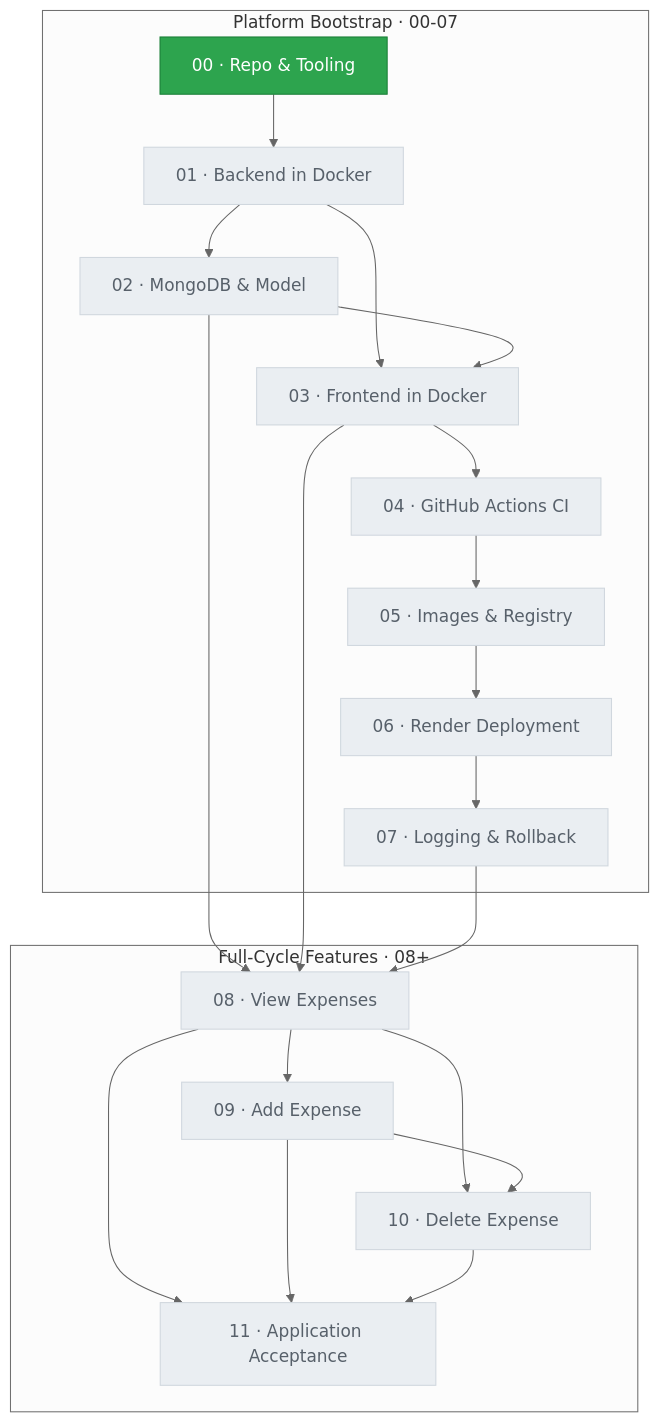
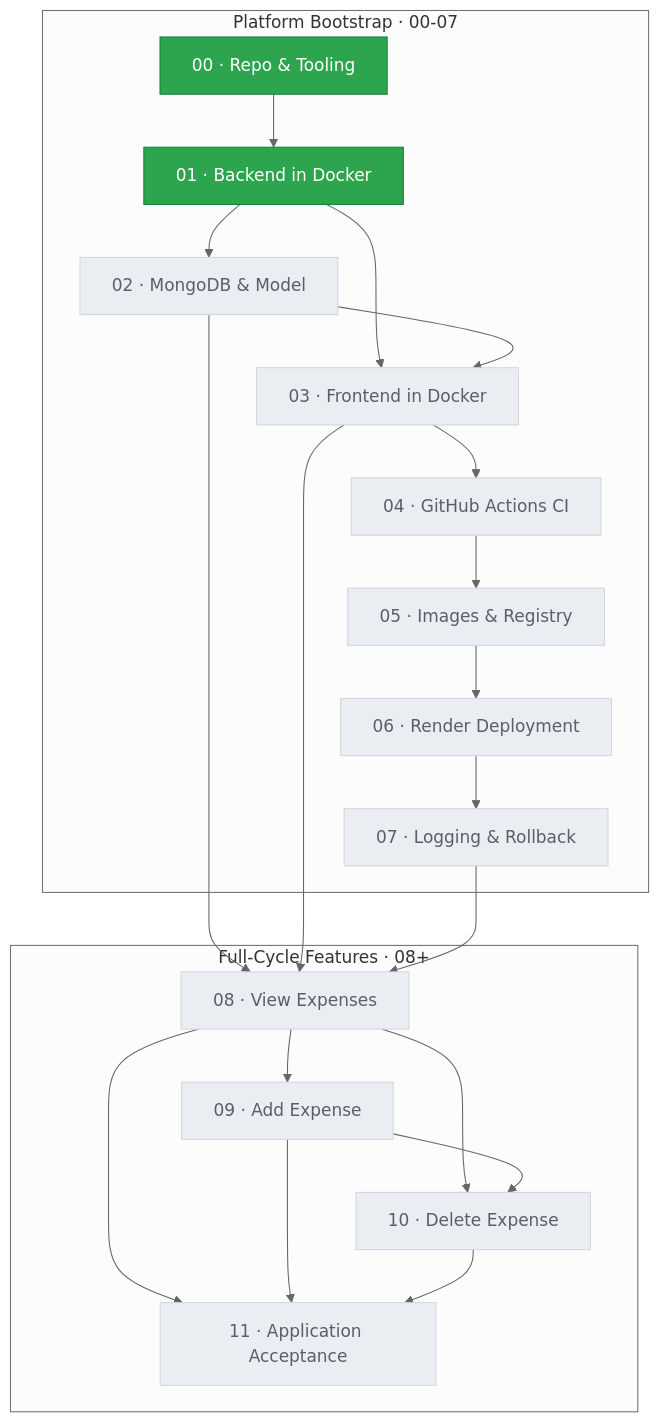
One commit to raki-rankawat/expense-tracker changed the first of 5 diagrams in README.md. Above: the diagram before and after it, drawn with Mermaid (neutral theme). The commit also changed other lines of this file and 1 other file, not shown here.

````diff
--- a/README.md
+++ b/README.md
@@ -32,41 +32,41 @@
 ```mermaid
 flowchart TD
     subgraph BOOT["Platform Bootstrap · 00-07"]
         F00["00 · Repo & Tooling"]
         F01["01 · Backend in Docker"]
         F02["02 · MongoDB & Model"]
         F03["03 · Frontend in Docker"]
         F04["04 · GitHub Actions CI"]
         F05["05 · Images & Registry"]
         F06["06 · Render Deployment"]
         F07["07 · Logging & Rollback"]
     end
     subgraph FULL["Full-Cycle Features · 08+"]
         F08["08 · View Expenses"]
         F09["09 · Add Expense"]
         F10["10 · Delete Expense"]
         F11["11 · Application Acceptance"]
     end
     F00 --> F01
     F01 --> F02
     F01 --> F03
     F02 --> F03
     F03 --> F04
     F04 --> F05
     F05 --> F06
     F06 --> F07
     F02 --> F08
     F03 --> F08
     F07 --> F08
     F08 --> F09
     F08 --> F10
     F09 --> F10
     F08 --> F11
     F09 --> F11
     F10 --> F11
 
     classDef done fill:#2da44e,stroke:#1a7f37,color:#ffffff
     classDef todo fill:#eaeef2,stroke:#d0d7de,color:#57606a
-    class F00 done
-    class F01,F02,F03,F04,F05,F06,F07,F08,F09,F10,F11 todo
+    class F00,F01 done
+    class F02,F03,F04,F05,F06,F07,F08,F09,F10,F11 todo
 ```
````
